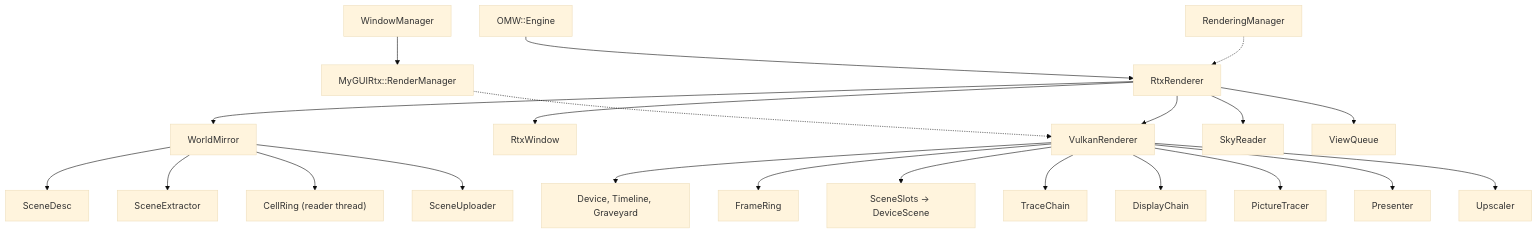
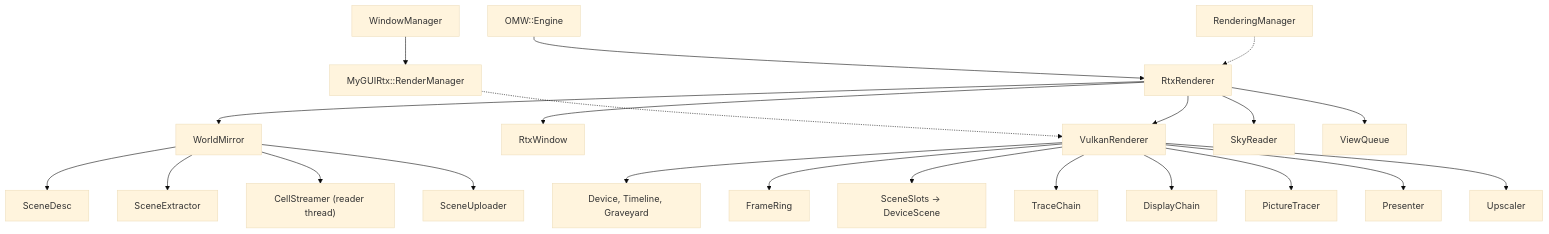
The diagram in docs/architecture.md (xorza/openmw-rtx), drawn with Mermaid (base theme) before and after one commit. The commit also changed other lines of this file and 43 other files, not shown here.

First line of the commit message:
Keep one table between the frame and the cell reader

````diff
--- a/docs/architecture.md
+++ b/docs/architecture.md
@@ -708,24 +718,24 @@
 ```mermaid
 graph TD
     Engine["OMW::Engine"] --> Rtx["RtxRenderer"]
     RM["RenderingManager"] -.-> Rtx
     WM["WindowManager"] --> GuiRM["MyGUIRtx::RenderManager"]
     GuiRM -.-> VR
     Rtx --> Win["RtxWindow"]
     Rtx --> Mirror["WorldMirror"]
     Rtx --> Sky["SkyReader"]
     Rtx --> Views["ViewQueue"]
     Rtx --> VR["VulkanRenderer"]
     Mirror --> Scene["SceneDesc"]
     Mirror --> Ext["SceneExtractor"]
-    Mirror --> Ring["CellRing (reader thread)"]
+    Mirror --> Ring["CellStreamer (reader thread)"]
     Mirror --> Up["SceneUploader"]
     VR --> Dev["Device, Timeline, Graveyard"]
     VR --> FR["FrameRing"]
     VR --> Slots["SceneSlots → DeviceScene"]
     VR --> Chain["TraceChain"]
     VR --> Disp["DisplayChain"]
     VR --> Pics["PictureTracer"]
     VR --> Pres["Presenter"]
     VR --> Ups["Upscaler"]
 ```
````
